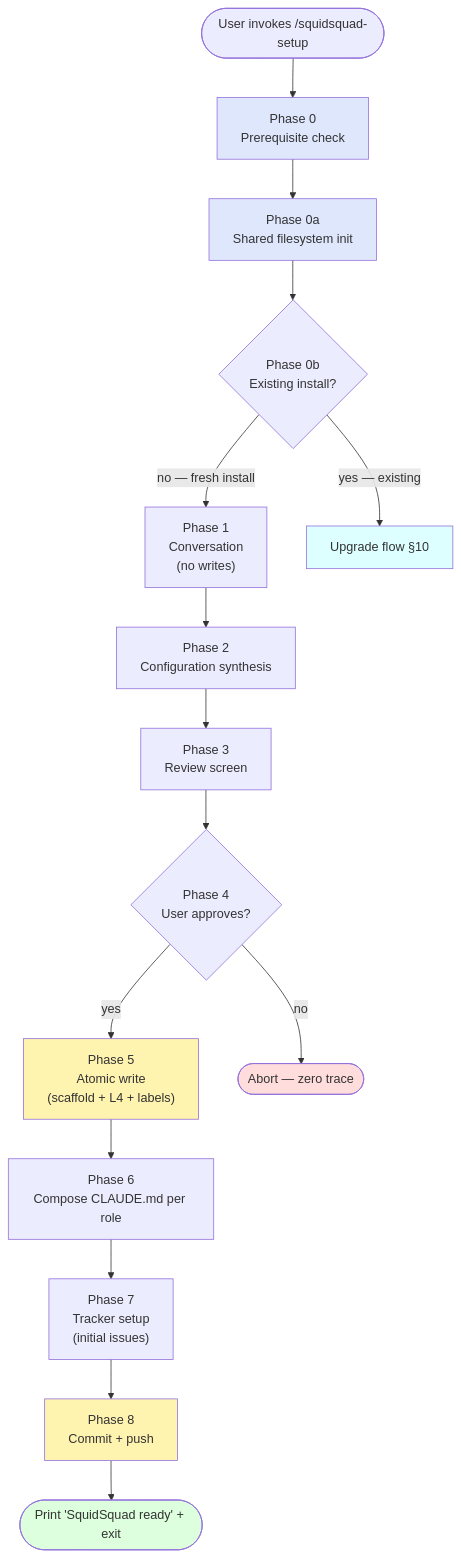
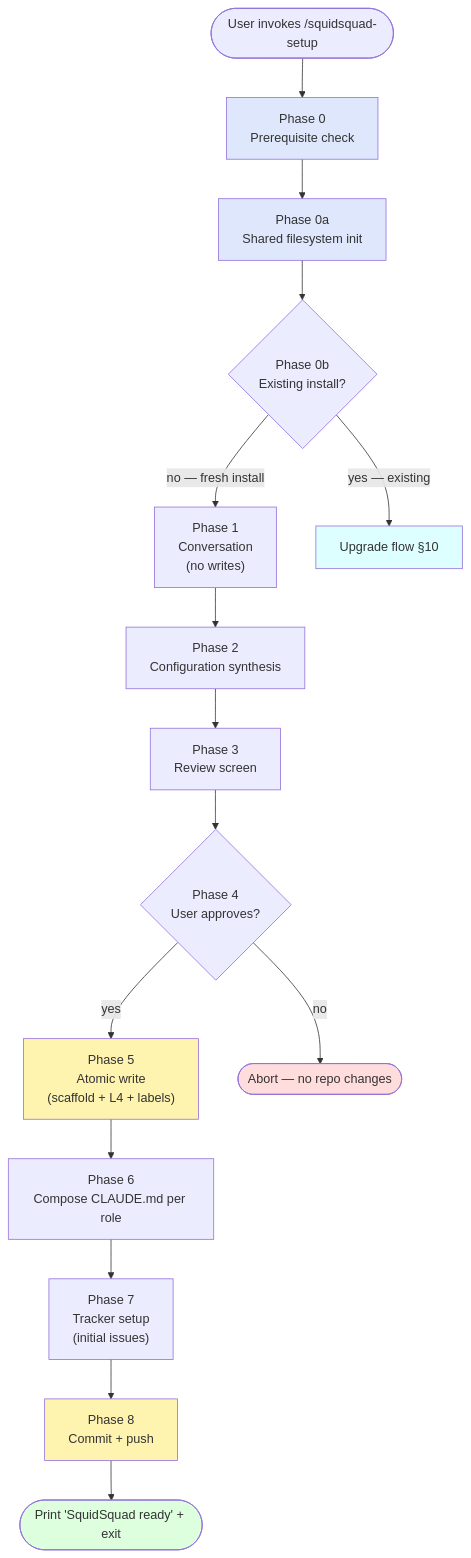
The second of 3 diagrams in docs/INSTALLER-ARCH.md (WallyDoodlez/SquidSquad), drawn with Mermaid before and after one commit. The commit also changed other lines of this file, not shown here.

````diff
--- a/docs/INSTALLER-ARCH.md
+++ b/docs/INSTALLER-ARCH.md
@@ -113,33 +113,33 @@
 ```mermaid
 flowchart TB
     Start([User invokes /squidsquad-setup])
     P0["Phase 0<br/>Prerequisite check"]
     P0a["Phase 0a<br/>Shared filesystem init"]
     P0b{"Phase 0b<br/>Existing install?"}
     P1["Phase 1<br/>Conversation<br/>(no writes)"]
     P2["Phase 2<br/>Configuration synthesis"]
     P3["Phase 3<br/>Review screen"]
     P4{"Phase 4<br/>User approves?"}
     P5["Phase 5<br/>Atomic write<br/>(scaffold + L4 + labels)"]
     P6["Phase 6<br/>Compose CLAUDE.md per role"]
     P7["Phase 7<br/>Tracker setup<br/>(initial issues)"]
     P8["Phase 8<br/>Commit + push"]
     P9(["Print 'SquidSquad ready' + exit"])
     Upgrade["Upgrade flow §10"]
-    Abort(["Abort — zero trace"])
+    Abort(["Abort — no repo changes"])
 
     Start --> P0 --> P0a --> P0b
     P0b -->|"no — fresh install"| P1
     P0b -->|"yes — existing"| Upgrade
     P1 --> P2 --> P3 --> P4
     P4 -->|"yes"| P5 --> P6 --> P7 --> P8 --> P9
     P4 -->|"no"| Abort
 
     style P0 fill:#dfe7fd
     style P0a fill:#dfe7fd
     style P5 fill:#fff3b0
     style P8 fill:#fff3b0
     style P9 fill:#dfd
     style Abort fill:#fdd
     style Upgrade fill:#dff
 ```
````
